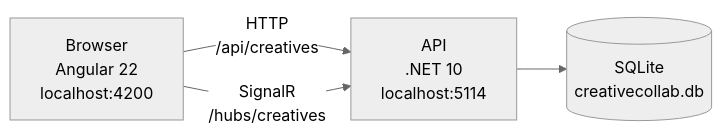
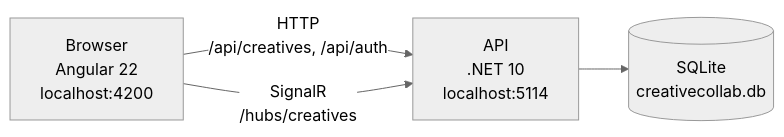
The first of 4 diagrams in docs/architecture.md (SDS37/CreativeCollab), drawn with Mermaid (neutral theme) before and after one commit. The commit also changed other lines of this file and 1 other file, not shown here.

````diff
--- a/docs/architecture.md
+++ b/docs/architecture.md
@@ -13,10 +13,10 @@
 ```mermaid
 flowchart LR
   Browser["Browser\nAngular 22\nlocalhost:4200"]
   API["API\n.NET 10\nlocalhost:5114"]
   DB[("SQLite\ncreativecollab.db")]
 
-  Browser -->|"HTTP\n/api/creatives"| API
+  Browser -->|"HTTP\n/api/creatives, /api/auth"| API
   Browser -->|"SignalR\n/hubs/creatives"| API
   API --> DB
 ```
````
